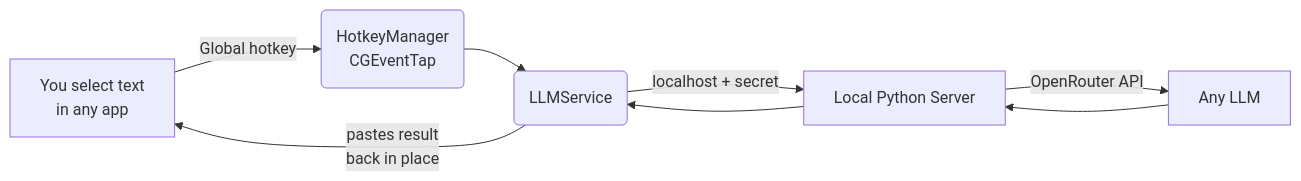
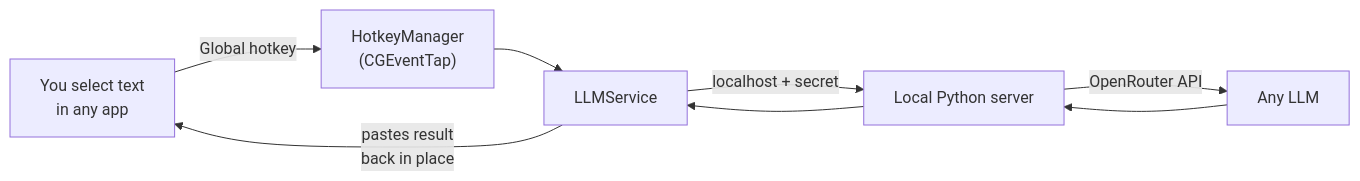
Before and after one commit to DocHatty/ImpressionistLLM: the diagram in README.md, drawn with Mermaid. The commit also changed other lines of this file, not shown here.

````diff
--- a/README.md
+++ b/README.md
@@ -43,9 +64,9 @@
 ```mermaid
 graph LR
-    A[You select text<br/>in any app] -->|Global hotkey| B(HotkeyManager<br/>CGEventTap)
-    B --> C(LLMService)
-    C -->|localhost + secret| D[Local Python Server]
-    D -->|OpenRouter API| E[Any LLM]
+    A["You select text<br/>in any app"] -->|Global hotkey| B["HotkeyManager<br/>(CGEventTap)"]
+    B --> C["LLMService"]
+    C -->|localhost + secret| D["Local Python server"]
+    D -->|OpenRouter API| E["Any LLM"]
     E --> D --> C
     C -->|pastes result<br/>back in place| A
 ```
````
